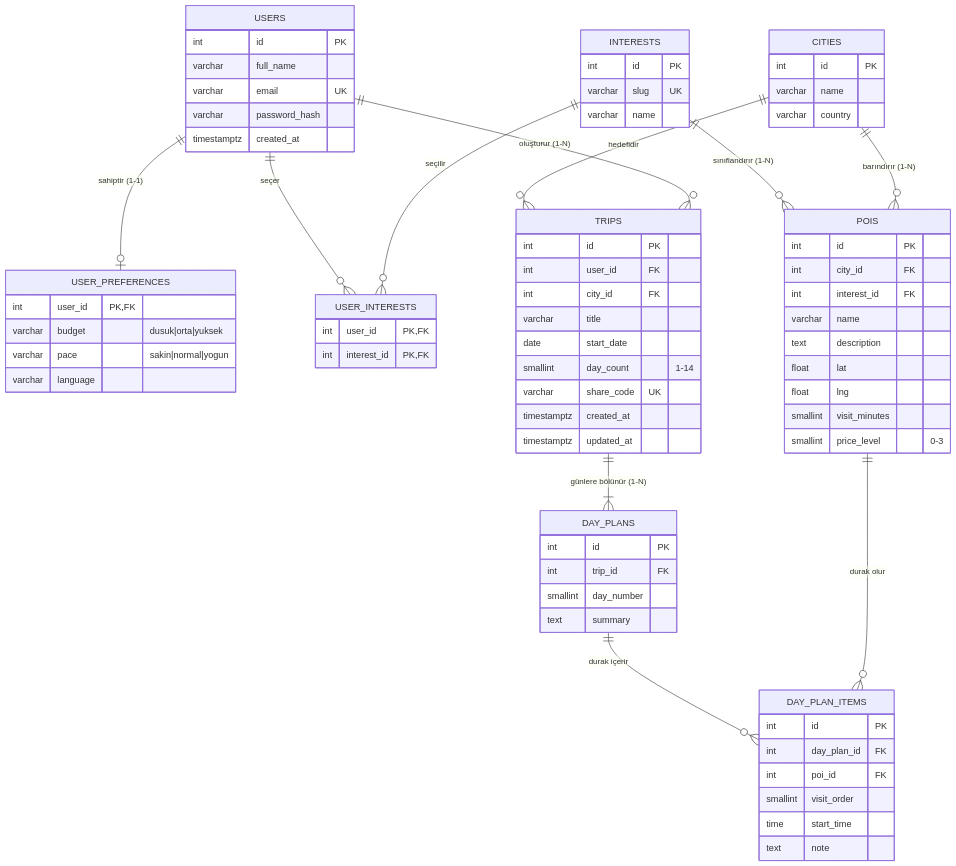
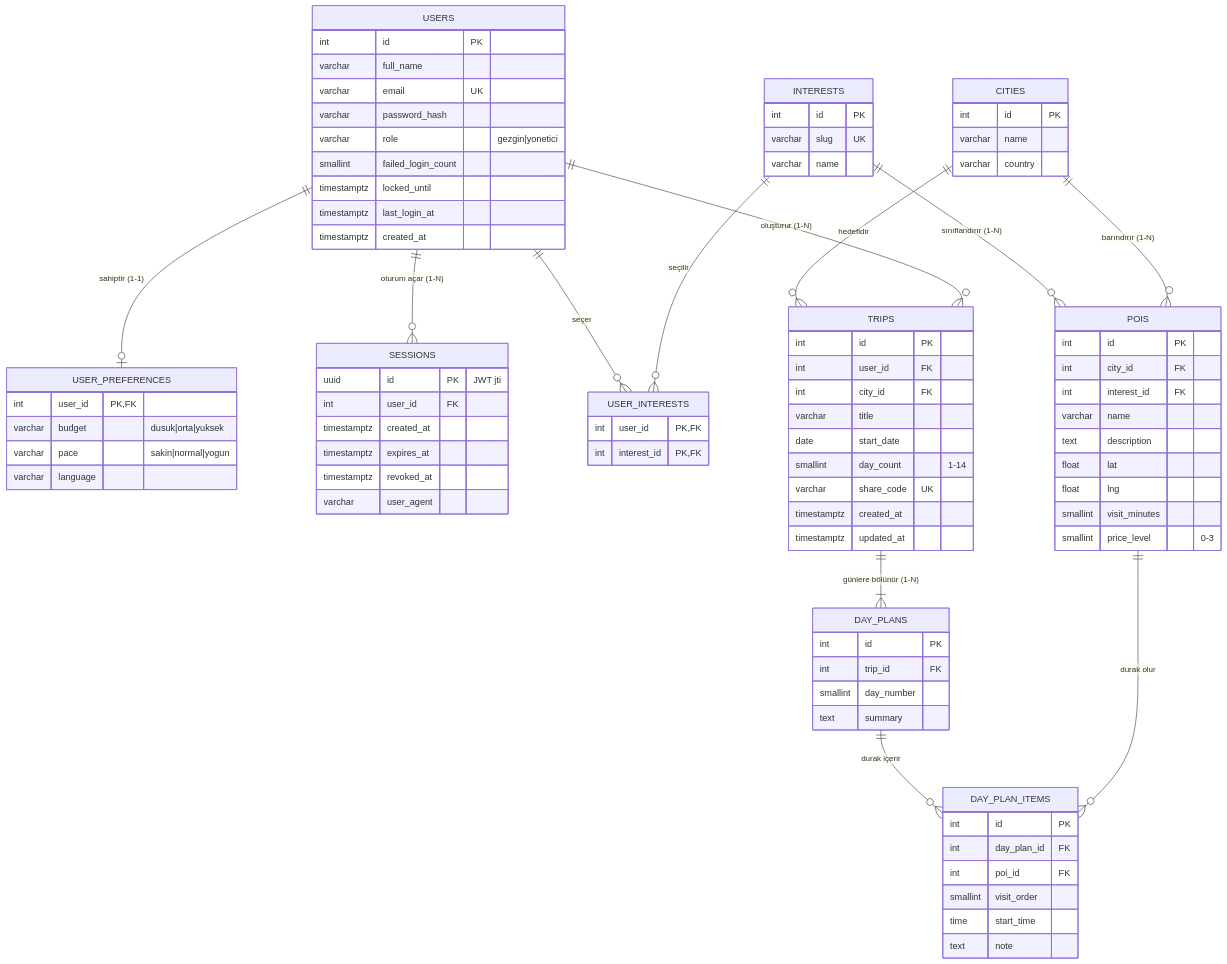
One commit to diyarkaraduman73-crypto/p45-kisisellestirilmis-gezi-planlay-c-s- changed the diagram in docs/veri-modeli.md. Above: the diagram before and after it, drawn with Mermaid. The commit also changed other lines of this file and 41 other files, not shown here.

````diff
--- a/docs/veri-modeli.md
+++ b/docs/veri-modeli.md
@@ -7,6 +7,7 @@
 ```mermaid
 erDiagram
     USERS ||--o| USER_PREFERENCES : "sahiptir (1-1)"
+    USERS ||--o{ SESSIONS : "oturum açar (1-N)"
     USERS ||--o{ USER_INTERESTS : "seçer"
     INTERESTS ||--o{ USER_INTERESTS : "seçilir"
     INTERESTS ||--o{ POIS : "sınıflandırır (1-N)"
@@ -22,7 +23,19 @@
         varchar full_name
         varchar email UK
         varchar password_hash
+        varchar role "gezgin|yonetici"
+        smallint failed_login_count
+        timestamptz locked_until
+        timestamptz last_login_at
         timestamptz created_at
+    }
+    SESSIONS {
+        uuid id PK "JWT jti"
+        int user_id FK
+        timestamptz created_at
+        timestamptz expires_at
+        timestamptz revoked_at
+        varchar user_agent
     }
     USER_PREFERENCES {
         int user_id PK,FK
````
